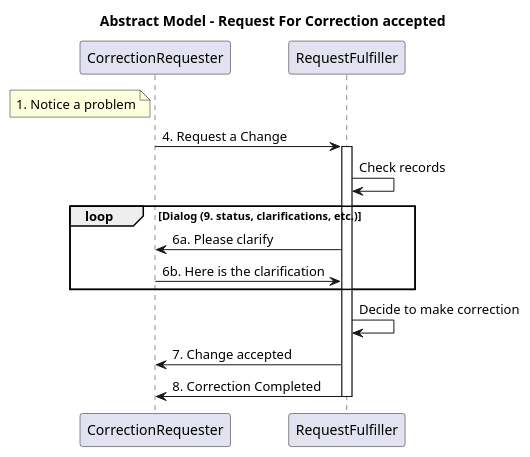
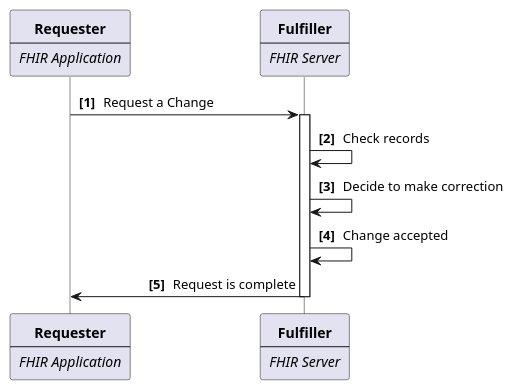
One commit to HL7/fhir-patient-correction changed the diagram in input/images-source/use-case-1.plantuml. Above: the diagram before and after it, drawn with PlantUML. The commit also changed 9 other files, not shown here.

```diff
--- a/input/images-source/use-case-1.plantuml
+++ b/input/images-source/use-case-1.plantuml
@@ -1,21 +1,29 @@
 @startuml
-title Abstract Model - Request For Correction accepted
+skinparam DefaultTextAlignment center
+skinparam SequenceMessageAlignment direction
+skinparam Padding 2
+skinparam ParticipantPadding 60
+skinparam LifelineStrategy solid
+autonumber "<b>[###]</b>"
 
-note left of CorrectionRequester
-1. Notice a problem
-end note
-CorrectionRequester->RequestFulfiller : 4. Request a Change
-Activate RequestFulfiller
-RequestFulfiller->RequestFulfiller : Check records
+participant R [
+  **Requester**
+  ----
+  //FHIR Application//
+]
+participant F [
+  **Fulfiller**
+  ----
+  //FHIR Server//
+]
 
-loop Dialog (9. status, clarifications, etc.)
-   RequestFulfiller->CorrectionRequester : 6a. Please clarify
-   CorrectionRequester->RequestFulfiller : 6b. Here is the clarification
-end
+R->F : Request a Change
 
-RequestFulfiller->RequestFulfiller : Decide to make correction
-RequestFulfiller->CorrectionRequester : 7. Change accepted
-RequestFulfiller->CorrectionRequester : 8. Correction Completed
-Deactivate RequestFulfiller
+Activate F
+  F->F : Check records
+  F->F : Decide to make correction
+  F->F : Change accepted
+  F->R : Request is complete
+Deactivate F
 
 @enduml
```
